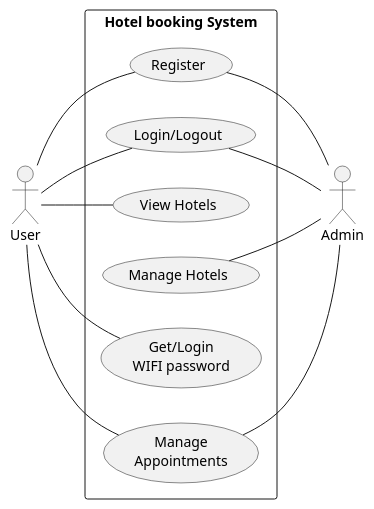
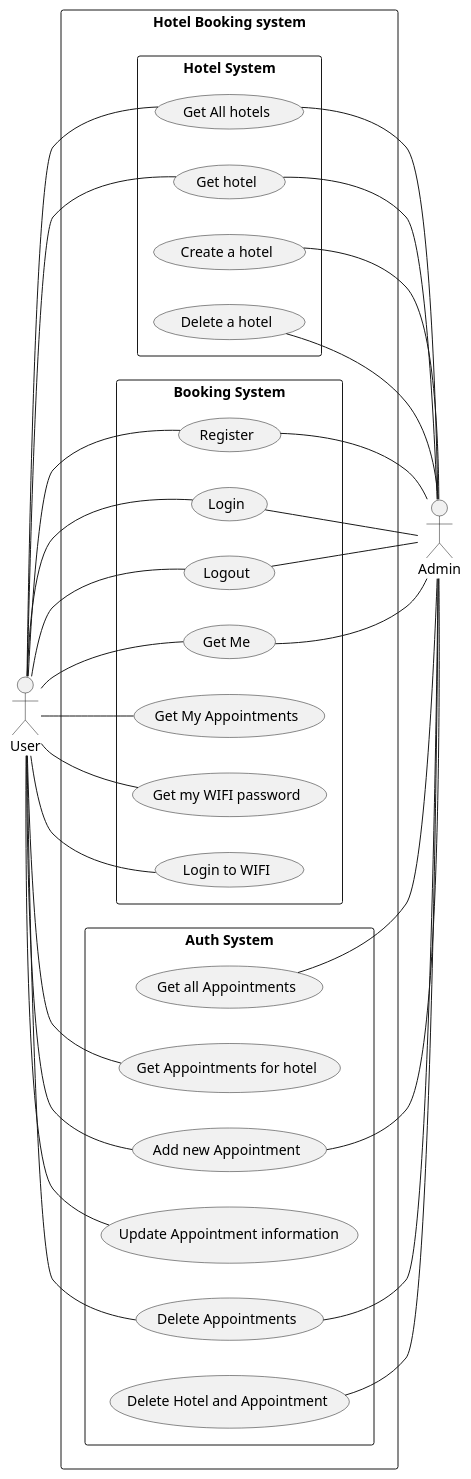
Before and after one commit to JongSinister/WTFramework: the diagram in usecase.puml, drawn with PlantUML.

Commit message:
fixed usecase

```diff
--- a/usecase.puml
+++ b/usecase.puml
@@ -1,29 +1,63 @@
 @startuml Hotel system Use Case Diagram
 left to right direction
 actor "User" as user
-rectangle "Hotel booking System" as VacQsystem{
-    usecase "Register" as register
-    usecase "Login/Logout" as auth
-    usecase "View Hotels" as viewHotels
-    usecase "Manage Hotels" as manageHotel
-    usecase "Get/Login\nWIFI password" as wifi
+actor "Admin" as admin
+
+rectangle "Hotel Booking system" as HotelbookingSystem{
+    rectangle "Hotel System" as Hotelsystem{
+        usecase "Get All hotels" as getAllhotels
+        usecase "Get hotel" as getSinglehotel
+        usecase "Create a hotel" as createHotel
+        usecase "Delete a hotel" as deleteHotel
+    }
 
 
-    usecase "Manage\nAppointments" as manageAppt
+    rectangle "Booking System" as Bookingsystem{
+        usecase "Register" as register
+        usecase "Login" as login
+        usecase "Logout" as logout
+        usecase "Get Me" as getMe
+        usecase "Get My Appointments" as getMyAppts
+        usecase "Get my WIFI password" as getwifi
+        usecase "Login to WIFI" as loginwifi
+    }
 
+    rectangle "Auth System" as Authsystem{
+        usecase "Get all Appointments" as getallAppts
+        usecase "Get Appointments for hotel" as getApptHotel
+        usecase "Add new Appointment" as addAppt
+        usecase "Update Appointment information" as updateAppt
+        usecase "Delete Appointments" as delAppt
+        usecase "Delete Hotel and Appointment" as delHotelandAppt
 }
 
+user -- getAllhotels
+user -- getSinglehotel
 user -- register
-user -- viewHotels
-user -- manageAppt
-user -- auth
-user -- wifi
+user -- login
+user -- getMe
+user -- getMyAppts
+user -- logout
+user -- getwifi
+user -- loginwifi
+user -- getApptHotel
+user -- addAppt
+user -- updateAppt
+user -- delAppt
+
+getAllhotels -- admin
+getSinglehotel -- admin
+createHotel -- admin
+deleteHotel -- admin
+
+register -- admin
+login -- admin
+logout -- admin
+getMe -- admin
+getallAppts -- admin
+addAppt -- admin
+delAppt -- admin
+delHotelandAppt -- admin
 
 
-actor "Admin" as admin
-register -- admin
-manageAppt -- admin
-manageHotel -- admin
-auth -- admin
-
 @enduml
```
